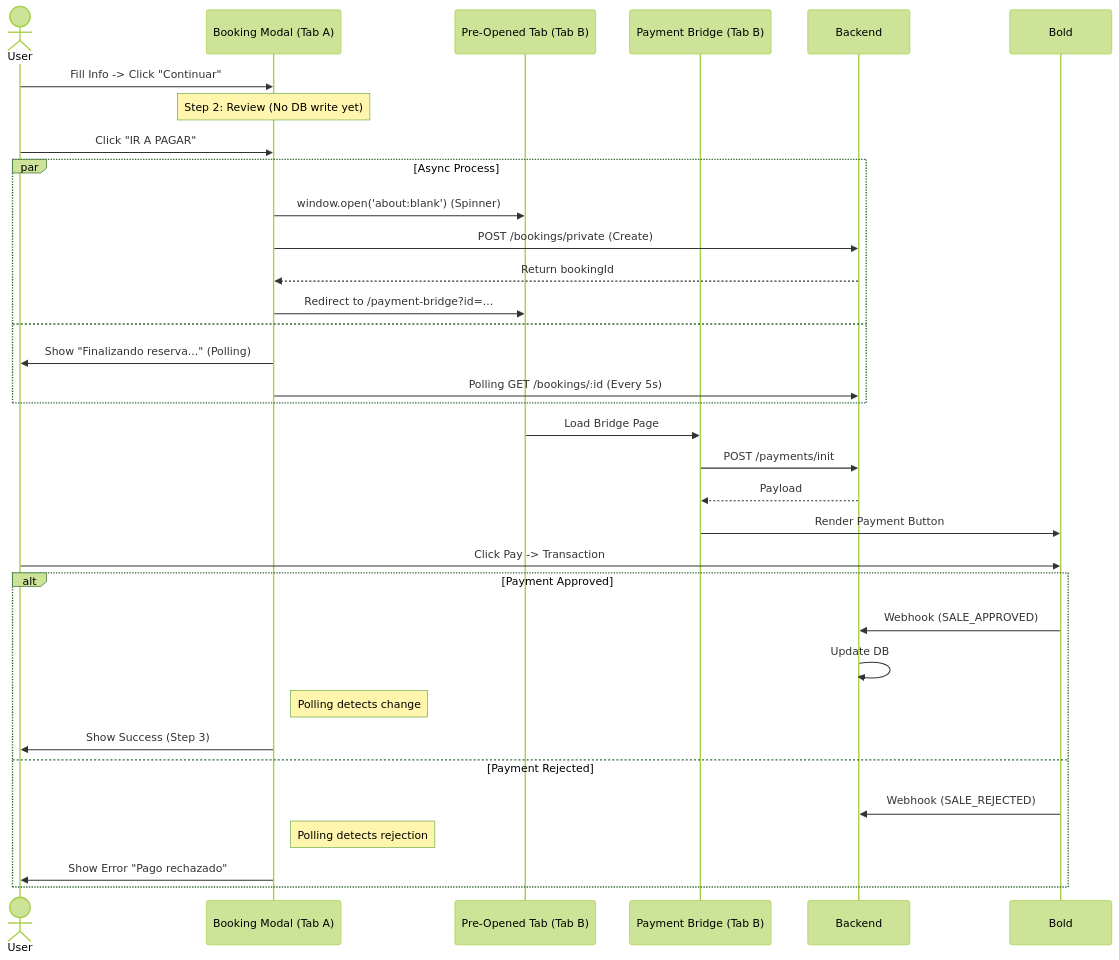
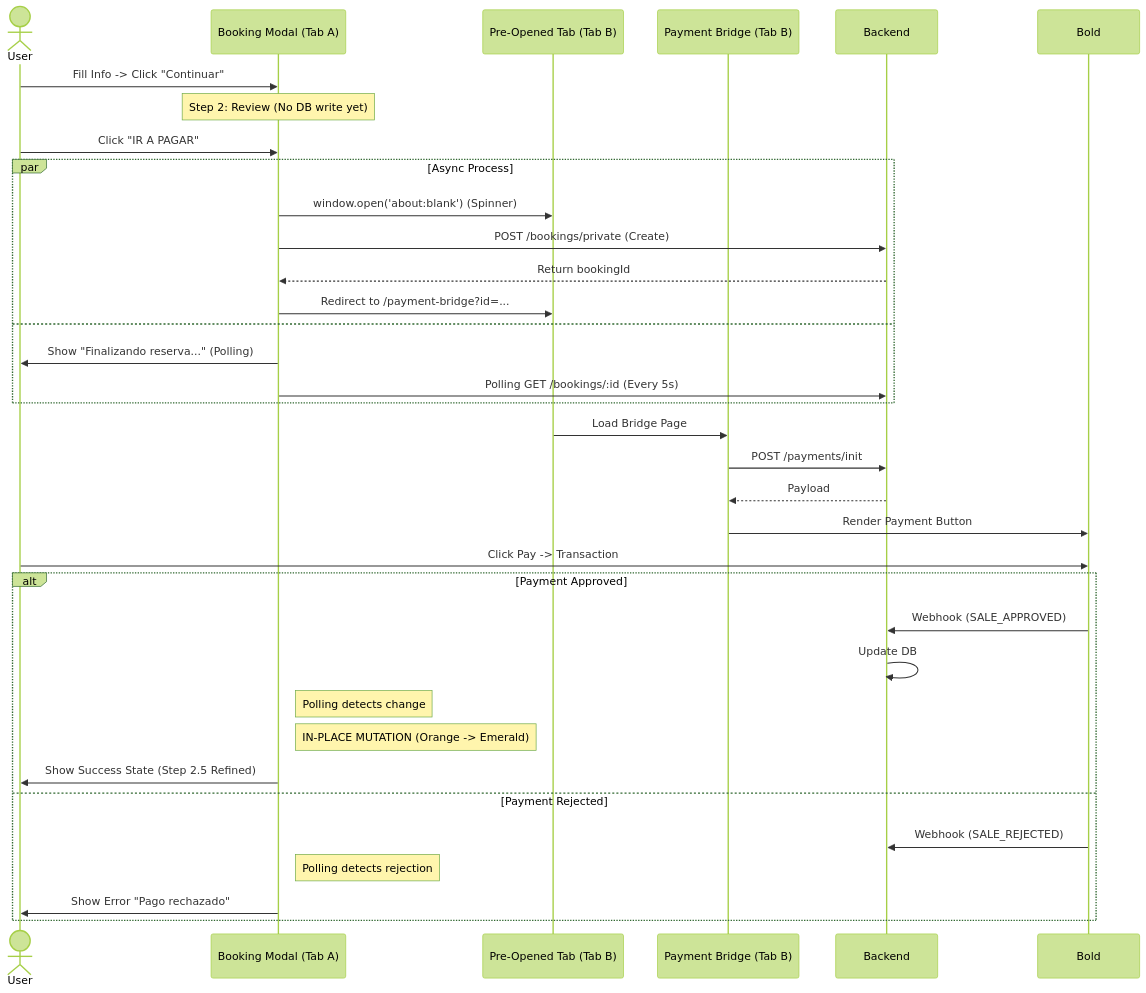
The diagram in frontend-docs/03-FLOWS.md (ChrisBeep98/NEVADOTREK.COM-V3.0-PROYECY), drawn with Mermaid (forest theme) before and after one commit. The commit also changed 4 other files, not shown here.

````diff
--- a/frontend-docs/03-FLOWS.md
+++ b/frontend-docs/03-FLOWS.md
@@ -5,45 +5,46 @@
 ```mermaid
 sequenceDiagram
     actor User
     participant MainTab as Booking Modal (Tab A)
     participant PreTab as Pre-Opened Tab (Tab B)
     participant Bridge as Payment Bridge (Tab B)
     participant Backend
     participant Bold
 
     User->>MainTab: Fill Info -> Click "Continuar"
     Note over MainTab: Step 2: Review (No DB write yet)
     
     User->>MainTab: Click "IR A PAGAR"
     
     par Async Process
         MainTab->>PreTab: window.open('about:blank') (Spinner)
         MainTab->>Backend: POST /bookings/private (Create)
         Backend-->>MainTab: Return bookingId
         
         MainTab->>PreTab: Redirect to /payment-bridge?id=...
     and
         MainTab->>User: Show "Finalizando reserva..." (Polling)
         MainTab->>Backend: Polling GET /bookings/:id (Every 5s)
     end
     
     PreTab->>Bridge: Load Bridge Page
     Bridge->>Backend: POST /payments/init
     Backend-->>Bridge: Payload
     Bridge->>Bold: Render Payment Button
     
     User->>Bold: Click Pay -> Transaction
     
     alt Payment Approved
         Bold->>Backend: Webhook (SALE_APPROVED)
         Backend->>Backend: Update DB
         
         Note right of MainTab: Polling detects change
-        MainTab->>User: Show Success (Step 3)
+        Note right of MainTab: IN-PLACE MUTATION (Orange -> Emerald)
+        MainTab->>User: Show Success State (Step 2.5 Refined)
     else Payment Rejected
         Bold->>Backend: Webhook (SALE_REJECTED)
         
         Note right of MainTab: Polling detects rejection
         MainTab->>User: Show Error "Pago rechazado"
     end
 ```
````
